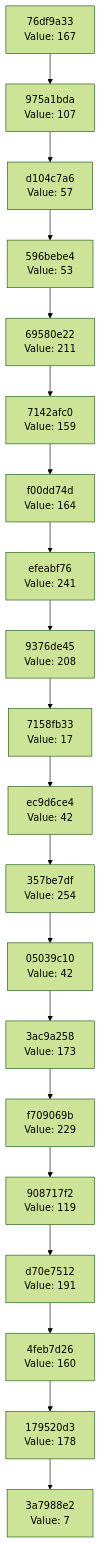
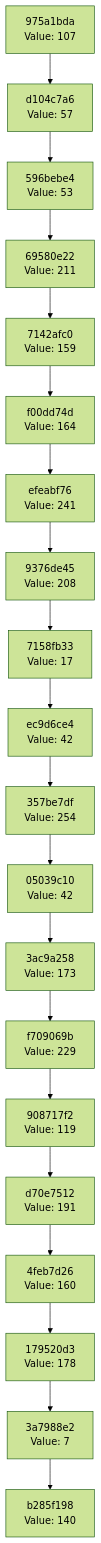
Before and after one commit to Abhisheksinha1506/hash-chain-evolver: the diagram in docs/CHAIN_VISUALIZATION.md, drawn with Mermaid (forest theme). The commit also changed 3 other files, not shown here.

````diff
--- a/docs/CHAIN_VISUALIZATION.md
+++ b/docs/CHAIN_VISUALIZATION.md
@@ -3,42 +3,42 @@
 ```mermaid
 graph TD
-    C0["3a7988e2<br/>Value: 7"]
-    C1["179520d3<br/>Value: 178"]
+    C0["b285f198<br/>Value: 140"]
+    C1["3a7988e2<br/>Value: 7"]
     C1 --> C0
-    C2["4feb7d26<br/>Value: 160"]
+    C2["179520d3<br/>Value: 178"]
     C2 --> C1
-    C3["d70e7512<br/>Value: 191"]
+    C3["4feb7d26<br/>Value: 160"]
     C3 --> C2
-    C4["908717f2<br/>Value: 119"]
+    C4["d70e7512<br/>Value: 191"]
     C4 --> C3
-    C5["f709069b<br/>Value: 229"]
+    C5["908717f2<br/>Value: 119"]
     C5 --> C4
-    C6["3ac9a258<br/>Value: 173"]
+    C6["f709069b<br/>Value: 229"]
     C6 --> C5
-    C7["05039c10<br/>Value: 42"]
+    C7["3ac9a258<br/>Value: 173"]
     C7 --> C6
-    C8["357be7df<br/>Value: 254"]
+    C8["05039c10<br/>Value: 42"]
     C8 --> C7
-    C9["ec9d6ce4<br/>Value: 42"]
+    C9["357be7df<br/>Value: 254"]
     C9 --> C8
-    C10["7158fb33<br/>Value: 17"]
+    C10["ec9d6ce4<br/>Value: 42"]
     C10 --> C9
-    C11["9376de45<br/>Value: 208"]
+    C11["7158fb33<br/>Value: 17"]
     C11 --> C10
-    C12["efeabf76<br/>Value: 241"]
+    C12["9376de45<br/>Value: 208"]
     C12 --> C11
-    C13["f00dd74d<br/>Value: 164"]
+    C13["efeabf76<br/>Value: 241"]
     C13 --> C12
-    C14["7142afc0<br/>Value: 159"]
+    C14["f00dd74d<br/>Value: 164"]
     C14 --> C13
-    C15["69580e22<br/>Value: 211"]
+    C15["7142afc0<br/>Value: 159"]
     C15 --> C14
-    C16["596bebe4<br/>Value: 53"]
+    C16["69580e22<br/>Value: 211"]
     C16 --> C15
-    C17["d104c7a6<br/>Value: 57"]
+    C17["596bebe4<br/>Value: 53"]
     C17 --> C16
-    C18["975a1bda<br/>Value: 107"]
+    C18["d104c7a6<br/>Value: 57"]
     C18 --> C17
-    C19["76df9a33<br/>Value: 167"]
+    C19["975a1bda<br/>Value: 107"]
     C19 --> C18
 ```
````
